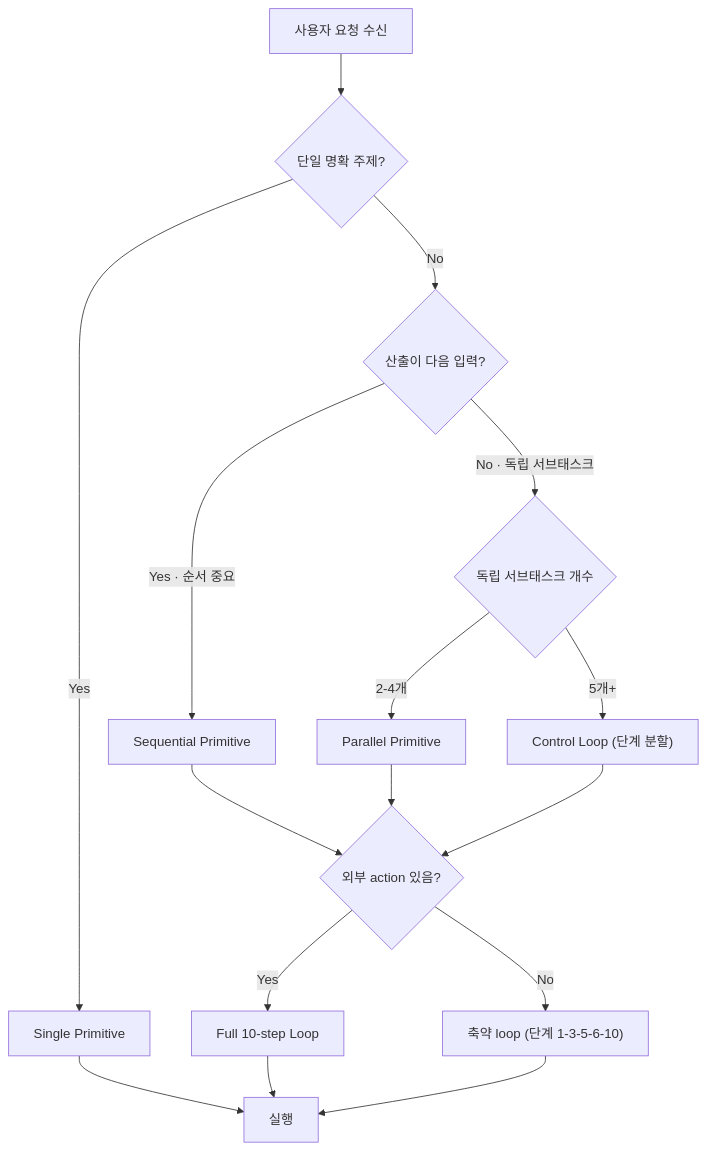
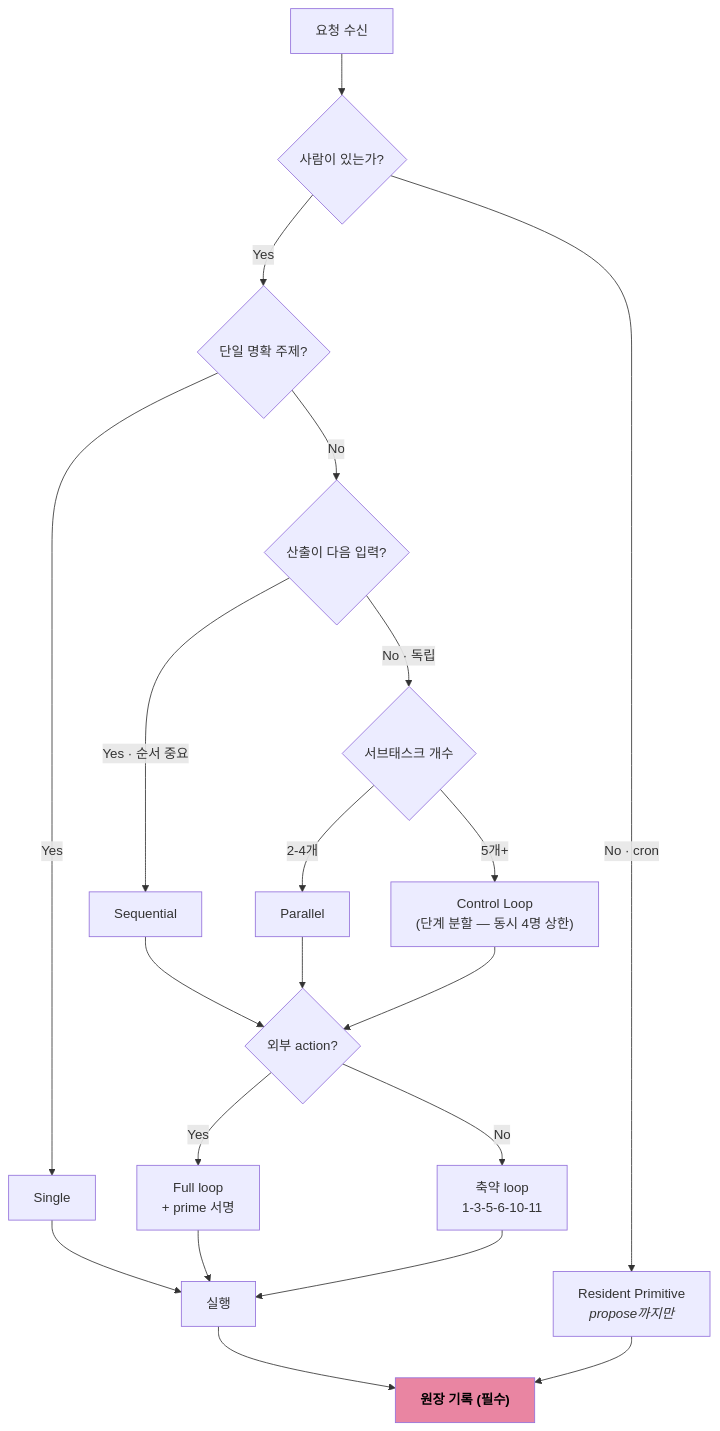
One commit to johnfkoo951/9yohan-constellation changed the sixth of 9 diagrams in docs/files/workflows.md. Above: the diagram before and after it, drawn with Mermaid. The commit also changed other lines of this file and 15 other files, not shown here.

````diff
--- a/docs/files/workflows.md
+++ b/docs/files/workflows.md
@@ -201,18 +229,24 @@
 ```mermaid
 flowchart TD
-    A["사용자 요청 수신"] --> B{"단일 명확 주제?"}
-    B -->|"Yes"| C["Single Primitive"]
+    A["요청 수신"] --> Z{"사람이 있는가?"}
+    Z -->|"No · cron"| RES["Resident Primitive<br/><i>propose까지만</i>"]
+    Z -->|"Yes"| B{"단일 명확 주제?"}
+    B -->|"Yes"| C["Single"]
     B -->|"No"| D{"산출이 다음 입력?"}
-    D -->|"Yes · 순서 중요"| E["Sequential Primitive"]
-    D -->|"No · 독립 서브태스크"| F{"독립 서브태스크 개수"}
-    F -->|"2-4개"| G["Parallel Primitive"]
-    F -->|"5개+"| H["Control Loop (단계 분할)"]
-    E --> I{"외부 action 있음?"}
+    D -->|"Yes · 순서 중요"| E["Sequential"]
+    D -->|"No · 독립"| F{"서브태스크 개수"}
+    F -->|"2-4개"| G["Parallel"]
+    F -->|"5개+"| H["Control Loop<br/>(단계 분할 — 동시 4명 상한)"]
+    E --> I{"외부 action?"}
     G --> I
     H --> I
-    I -->|"Yes"| J["Full 10-step Loop"]
-    I -->|"No"| K["축약 loop (단계 1-3-5-6-10)"]
+    I -->|"Yes"| J["Full loop<br/>+ prime 서명"]
+    I -->|"No"| K["축약 loop<br/>1-3-5-6-10-11"]
     C --> L["실행"]
     J --> L
     K --> L
+    L --> M["<b>원장 기록 (필수)</b>"]
+    RES --> M
+
+    style M fill:#E985A2,color:#000
 ```
````
